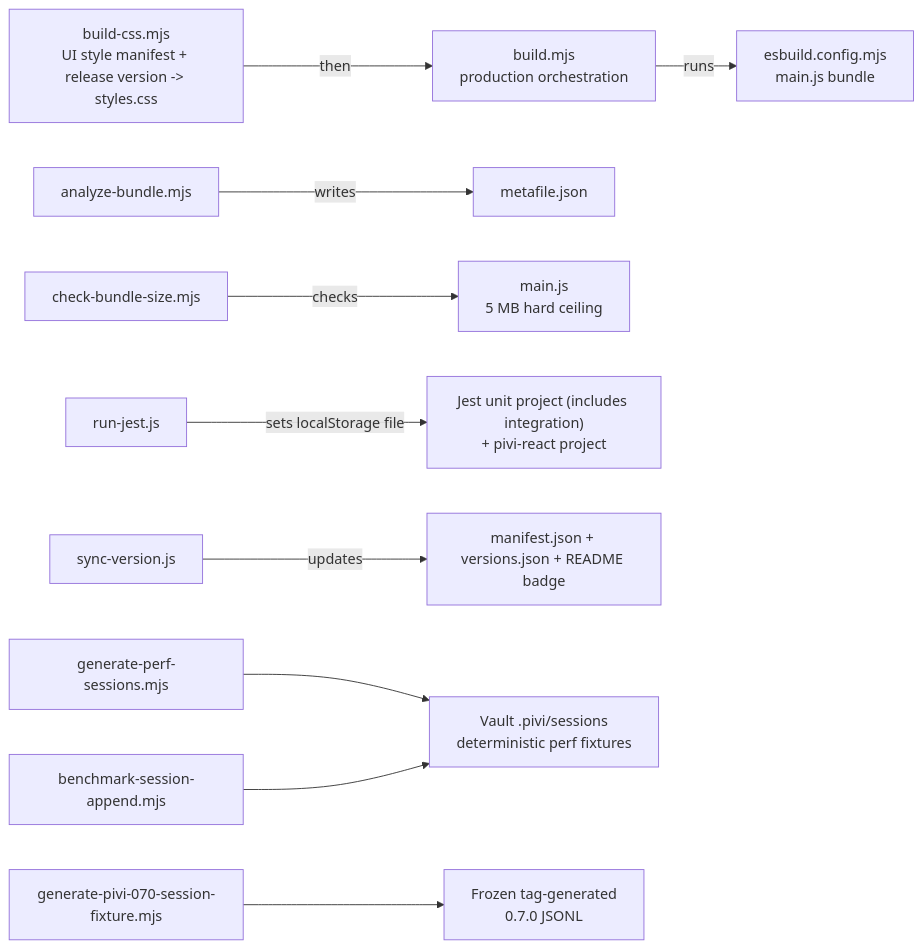
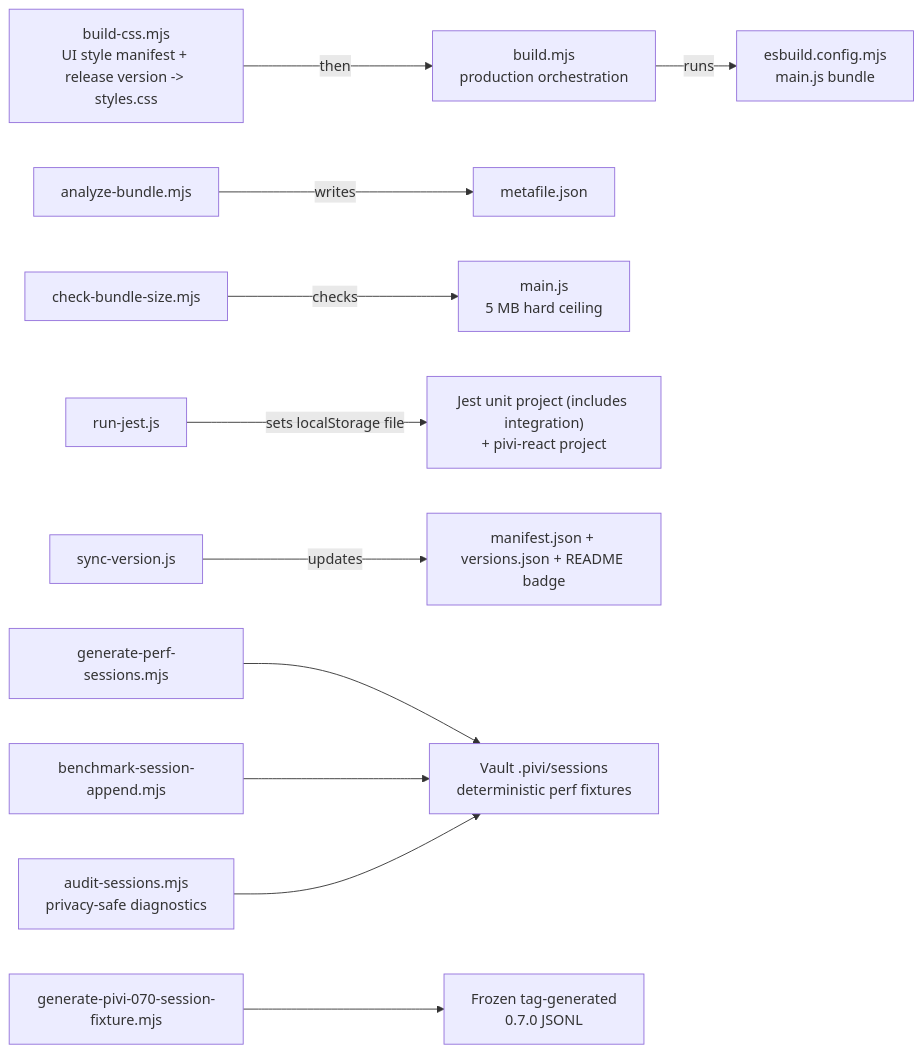
One commit to shuuul/obsidian-pivi changed the diagram in scripts/AGENTS.md. Above: the diagram before and after it, drawn with Mermaid. The commit also changed other lines of this file and 17 other files, not shown here.

````diff
--- a/scripts/AGENTS.md
+++ b/scripts/AGENTS.md
@@ -9,12 +9,13 @@
 ```mermaid
 flowchart LR
   CSS["build-css.mjs<br/>UI style manifest + release version -> styles.css"] -- "then" --> Build["build.mjs<br/>production orchestration"]
   Build -- "runs" --> Esbuild["esbuild.config.mjs<br/>main.js bundle"]
   Analyze["analyze-bundle.mjs"] -- "writes" --> Meta["metafile.json"]
   BundleSize["check-bundle-size.mjs"] -- "checks" --> Bundle["main.js<br/>5 MB hard ceiling"]
   Jest["run-jest.js"] -- "sets localStorage file" --> Tests["Jest unit project (includes integration)<br/>+ pivi-react project"]
   Version["sync-version.js"] -- "updates" --> Manifest["manifest.json + versions.json + README badge"]
   Fixtures["generate-perf-sessions.mjs"] --> Sessions["Vault .pivi/sessions<br/>deterministic perf fixtures"]
   Provenance["generate-pivi-070-session-fixture.mjs"] --> Frozen["Frozen tag-generated<br/>0.7.0 JSONL"]
   AppendBench["benchmark-session-append.mjs"] --> Sessions
+  Audit["audit-sessions.mjs<br/>privacy-safe diagnostics"] --> Sessions
 ```
````
